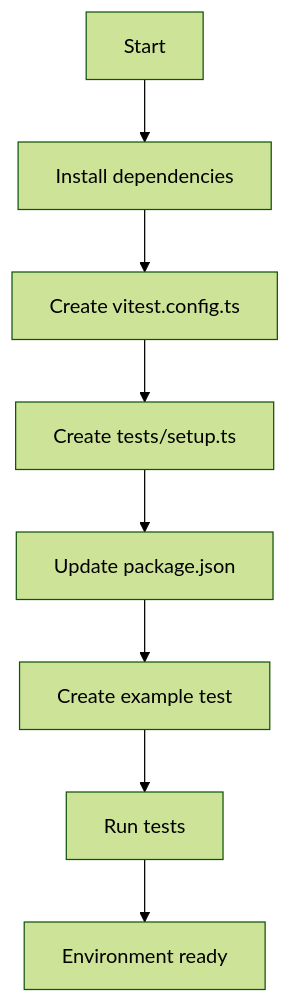
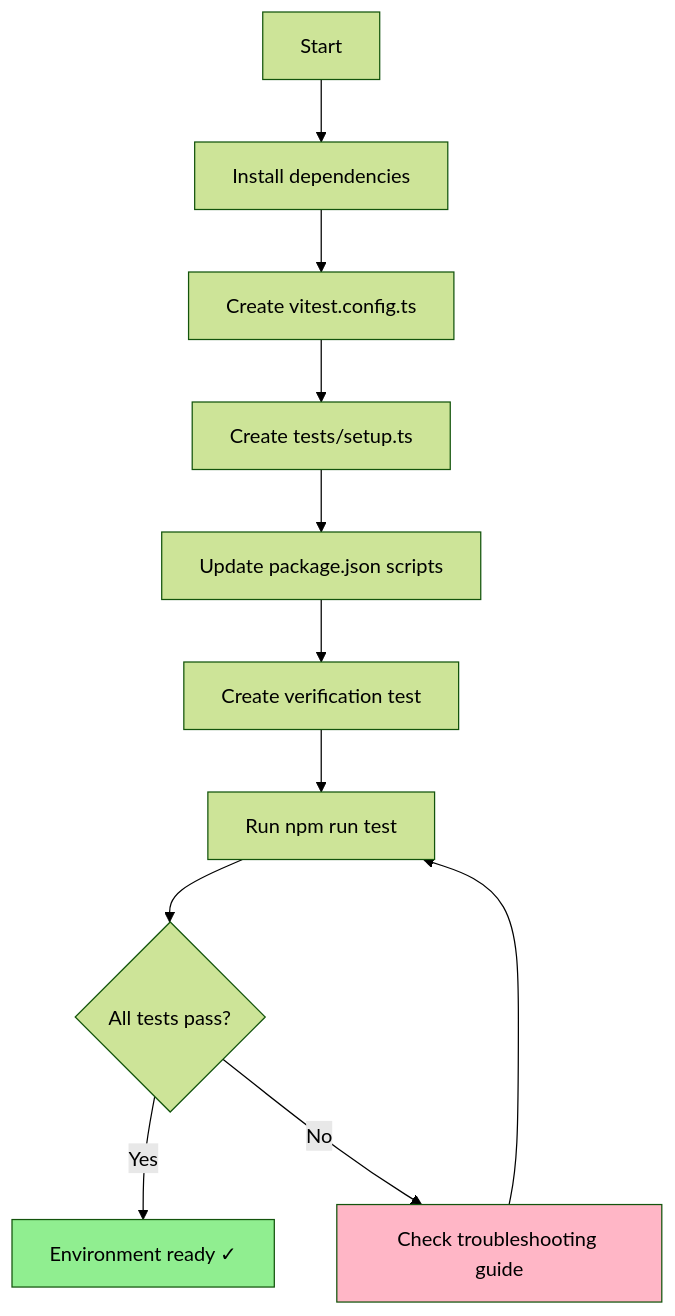
The first of 2 diagrams in src/content/posts/side-project-nutritional-tracker-2.en.md (RadikeCosa/blog-astro), drawn with Mermaid (forest theme) before and after one commit. The commit also changed other lines of this file and 1 other file, not shown here.

````diff
--- a/src/content/posts/side-project-nutritional-tracker-2.en.md
+++ b/src/content/posts/side-project-nutritional-tracker-2.en.md
@@ -235,10 +336,16 @@
 ```mermaid
 graph TD
     A[Start] --> B[Install dependencies]
     B --> C[Create vitest.config.ts]
     C --> D[Create tests/setup.ts]
-    D --> E[Update package.json]
-    E --> F[Create example test]
-    F --> G[Run tests]
-    G --> H[Environment ready]
+    D --> E[Update package.json scripts]
+    E --> F[Create verification test]
+    F --> G[Run npm run test]
+    G --> H{All tests pass?}
+    H -->|Yes| I[Environment ready ✓]
+    H -->|No| J[Check troubleshooting guide]
+    J --> G
+
+    style I fill:#90EE90
+    style J fill:#FFB6C6
 ```
````
